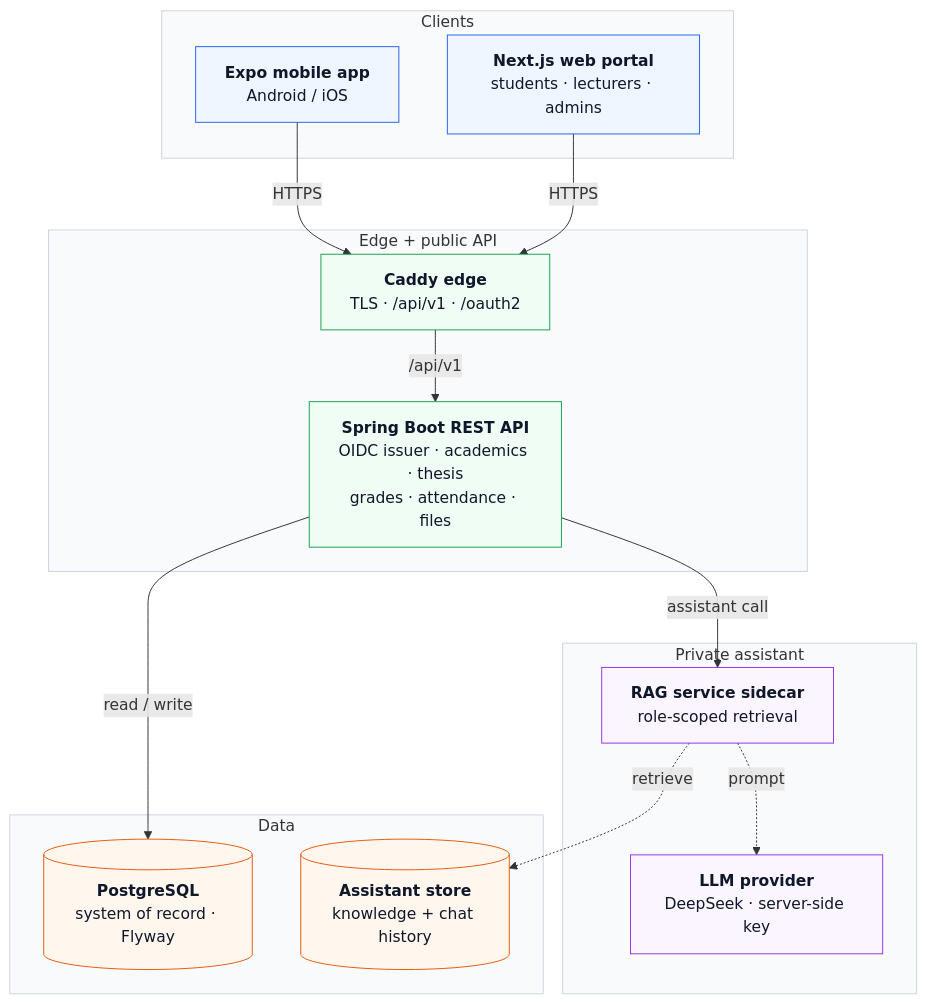
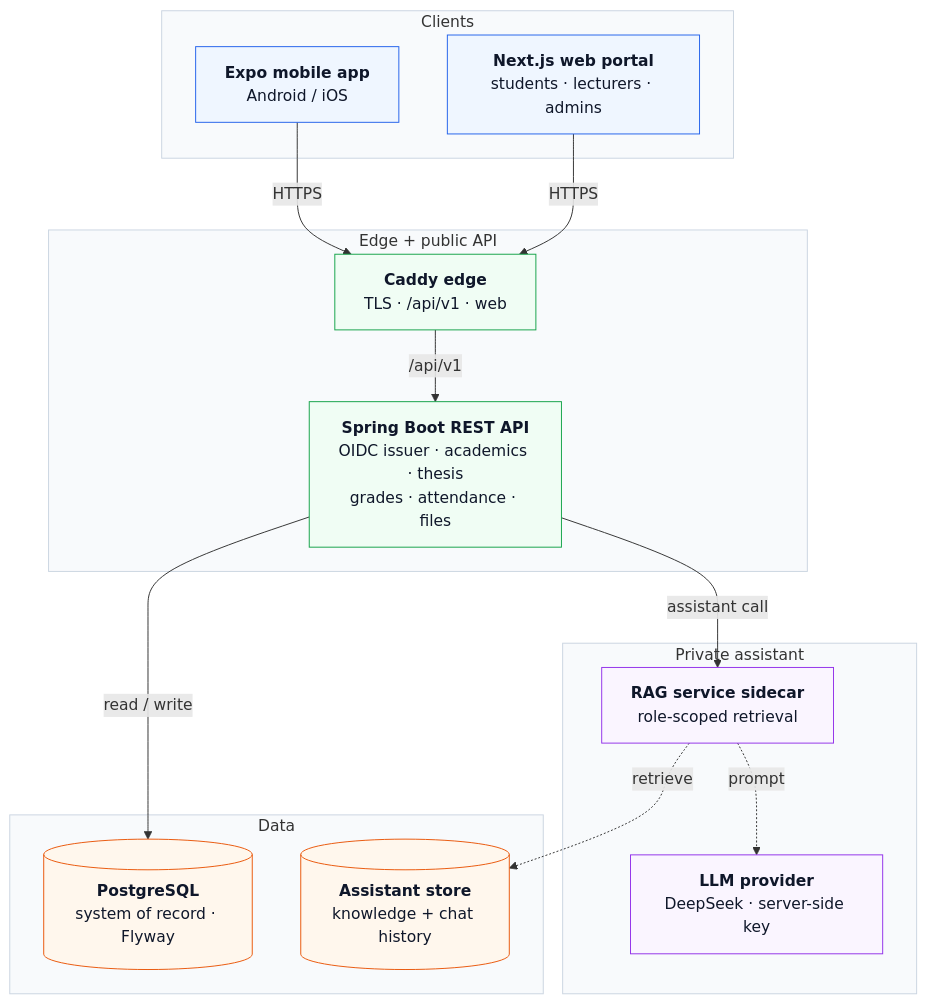
The first of 2 diagrams in README.en.md (JasonTM17/CampusCore_Ecosystem), drawn with Mermaid before and after one commit. The commit also changed other lines of this file and 3 other files, not shown here.

First line of the commit message:
docs: add the mobile sign-in and upload sequence and fix the edge label (#96)

````diff
--- a/README.en.md
+++ b/README.en.md
@@ -25,39 +25,39 @@
 ```mermaid
 flowchart TB
     subgraph clients["Clients"]
         web["<b>Next.js web portal</b><br/>students · lecturers · admins"]
         mobile["<b>Expo mobile app</b><br/>Android / iOS"]
     end
     subgraph edge["Edge + public API"]
-        caddy["<b>Caddy edge</b><br/>TLS · /api/v1 · /oauth2"]
+        caddy["<b>Caddy edge</b><br/>TLS · /api/v1 · web"]
         api["<b>Spring Boot REST API</b><br/>OIDC issuer · academics · thesis<br/>grades · attendance · files"]
     end
     subgraph assistant["Private assistant"]
         rag["<b>RAG service sidecar</b><br/>role-scoped retrieval"]
         llm["<b>LLM provider</b><br/>DeepSeek · server-side key"]
     end
     subgraph data["Data"]
         pg[("<b>PostgreSQL</b><br/>system of record · Flyway")]
         store[("<b>Assistant store</b><br/>knowledge + chat history")]
     end
     web -->|HTTPS| caddy
     mobile -->|HTTPS| caddy
     caddy -->|/api/v1| api
     api -->|read / write| pg
     api -->|assistant call| rag
     rag -.->|prompt| llm
     rag -.->|retrieve| store
 
     classDef client fill:#eff6ff,stroke:#2563eb,color:#0f172a
     classDef core fill:#f0fdf4,stroke:#16a34a,color:#0f172a
     classDef ai fill:#faf5ff,stroke:#9333ea,color:#0f172a
     classDef db fill:#fff7ed,stroke:#ea580c,color:#0f172a
     class web,mobile client
     class caddy,api core
     class rag,llm ai
     class pg,store db
     style clients fill:#f8fafc,stroke:#cbd5e1
     style edge fill:#f8fafc,stroke:#cbd5e1
     style assistant fill:#f8fafc,stroke:#cbd5e1
     style data fill:#f8fafc,stroke:#cbd5e1
 ```
````
